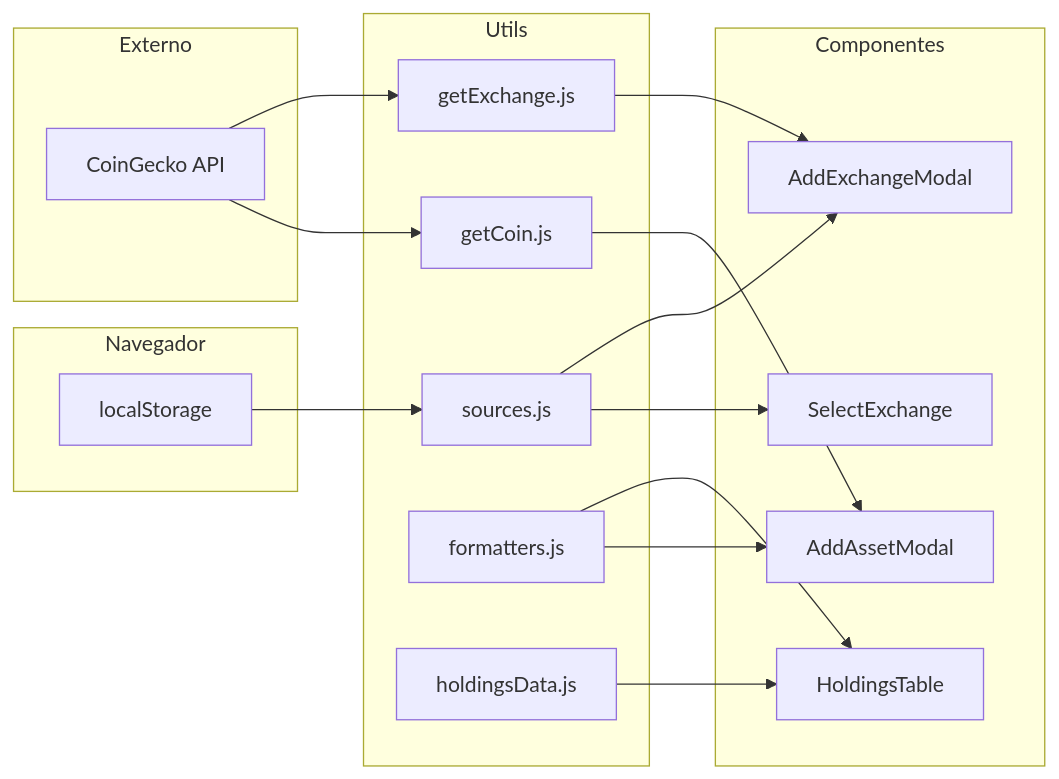
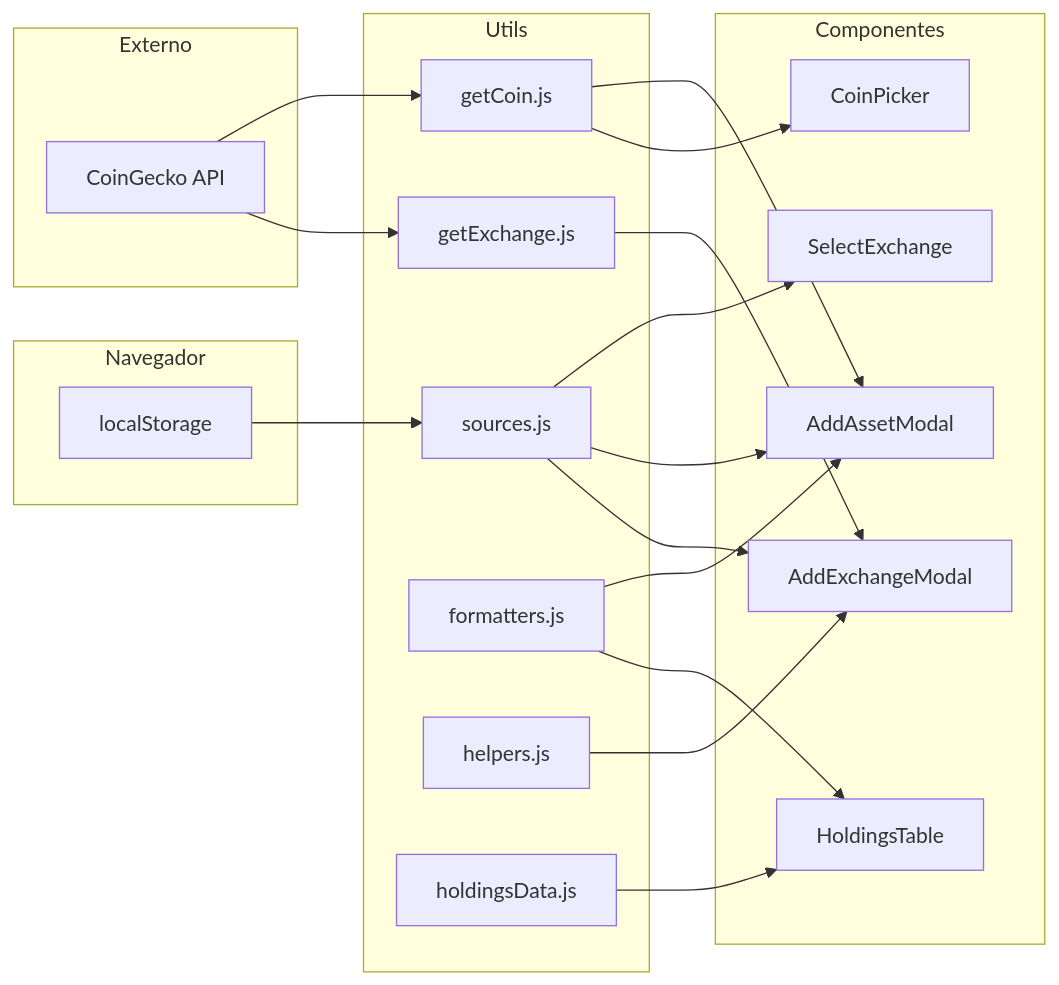
The first of 4 diagrams in docs/arquitectura/flujo-de-datos.md (EdGonzz/caletaJS), drawn with Mermaid before and after one commit. The commit also changed other lines of this file and 14 other files, not shown here.

````diff
--- a/docs/arquitectura/flujo-de-datos.md
+++ b/docs/arquitectura/flujo-de-datos.md
@@ -17,37 +18,42 @@
 ```mermaid
 flowchart LR
     subgraph Externo
         API["CoinGecko API"]
     end
 
     subgraph Navegador
         LS["localStorage"]
     end
 
     subgraph Utils
         getCoin["getCoin.js"]
         getExchange["getExchange.js"]
         sources["sources.js"]
         formatters["formatters.js"]
+        helpers["helpers.js"]
         holdings["holdingsData.js"]
     end
 
     subgraph Componentes
         AddAsset["AddAssetModal"]
         AddExchange["AddExchangeModal"]
+        CoinPicker["CoinPicker"]
         SelectEx["SelectExchange"]
         Table["HoldingsTable"]
     end
 
     API --> getCoin
     API --> getExchange
     LS --> sources
 
     getCoin --> AddAsset
+    getCoin --> CoinPicker
     getExchange --> AddExchange
     sources --> SelectEx
+    sources --> AddAsset
     sources --> AddExchange
     holdings --> Table
     formatters --> AddAsset
     formatters --> Table
+    helpers --> AddExchange
 ```
````
